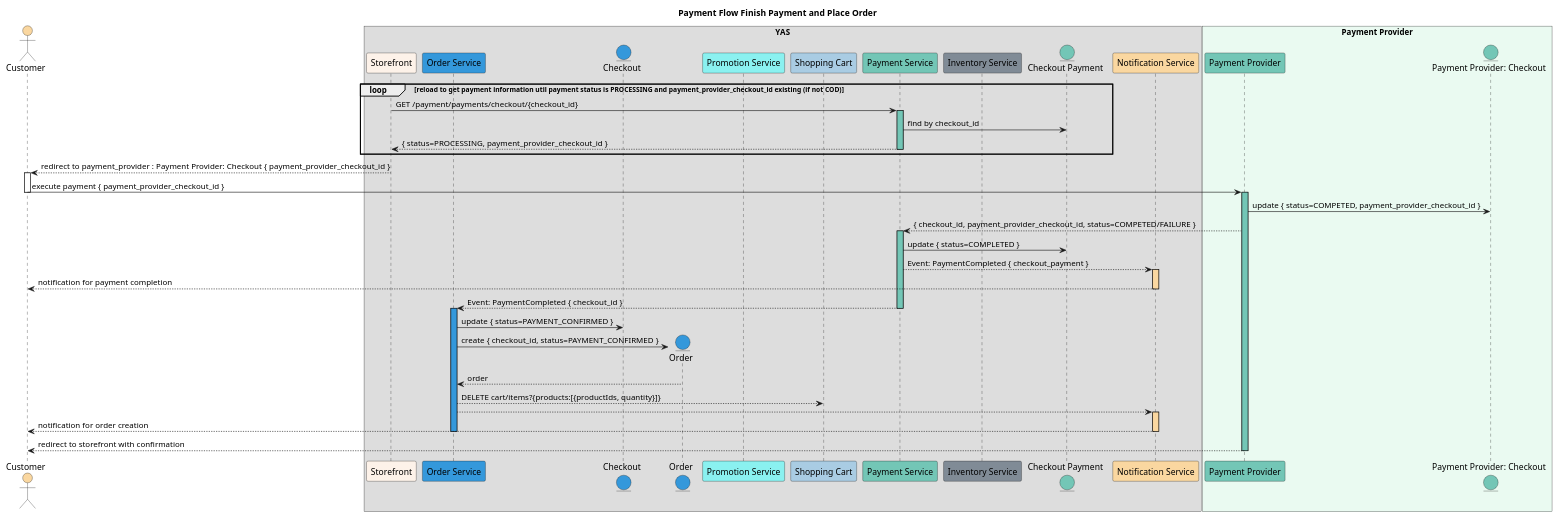
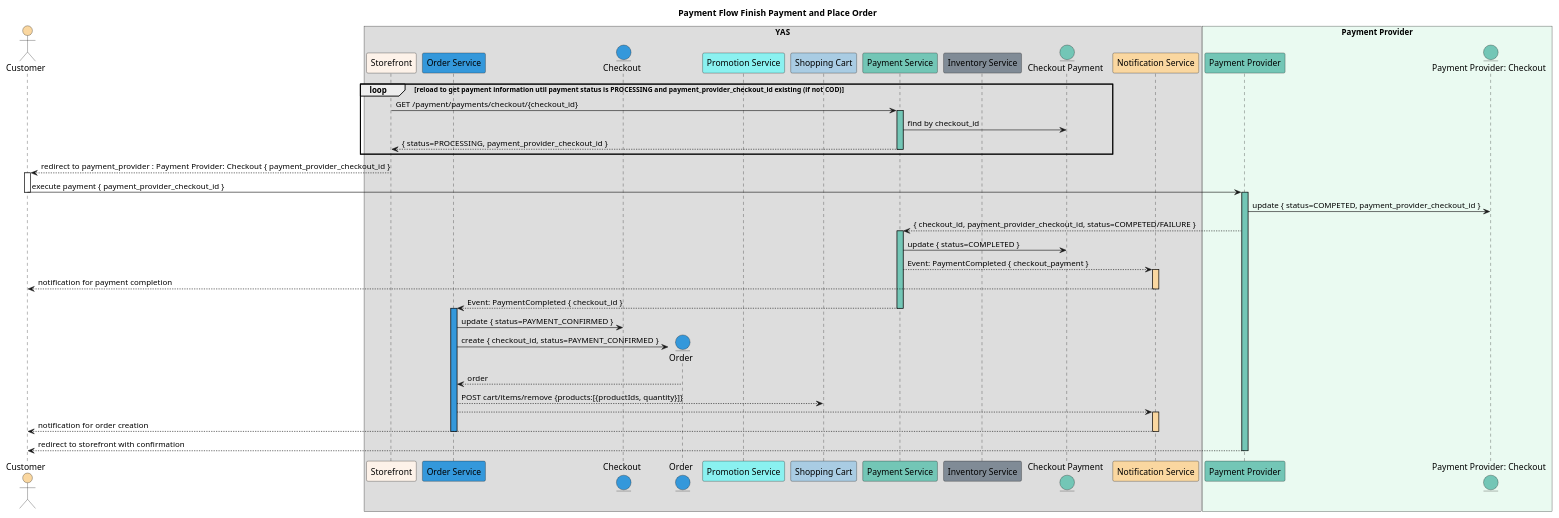
Before and after one commit to nashtech-garage/yas: the diagram in docs/design/order-flows/diagrams/payment.seq-3.puml, drawn with PlantUML. The commit also changed 7 other files, not shown here.

Commit message:
Update Payment flow

```diff
--- a/docs/design/order-flows/diagrams/payment.seq-3.puml
+++ b/docs/design/order-flows/diagrams/payment.seq-3.puml
@@ -1,60 +1,60 @@
 @startuml Payment Flow Sub 3
 
 title Payment Flow Finish Payment and Place Order
 
 actor Customer as customer #fad7a0
 
 box YAS
     participant "Storefront" as storefront #fdf2e9        
     participant "Order Service" as order_service #3498db    
     entity "Checkout" as checkout #3498db
     entity "Order" as order #3498db
     participant "Promotion Service" as promotion_service #8af1f0
     participant "Shopping Cart" as shopping_cart #a9cce3
     participant "Payment Service" as payment_service #73c6b6
     participant "Inventory Service" as inventory_service #808b96
     entity "Checkout Payment" as checkout_payment #73c6b6
     participant "Notification Service" as notification_service #fad7a0
 end box 
 
 box "Payment Provider" #eafaf1
     participant "Payment Provider" as payment_provider #73c6b6
     entity "Payment Provider: Checkout" as payment_provider_checkout #73c6b6
 end box
 loop reload to get payment information util payment status is PROCESSING and payment_provider_checkout_id existing (if not COD)
   storefront -> payment_service: GET /payment/payments/checkout/{checkout_id} 
   activate payment_service #73c6b6
     payment_service -> checkout_payment: find by checkout_id
     storefront <-- payment_service: { status=PROCESSING, payment_provider_checkout_id }
   deactivate payment_service
 end 
 storefront --> customer: redirect to payment_provider : Payment Provider: Checkout { payment_provider_checkout_id }
 deactivate storefront
 activate customer
   customer -> payment_provider: execute payment { payment_provider_checkout_id }
 deactivate customer
 activate payment_provider #73c6b6
   payment_provider -> payment_provider_checkout: update { status=COMPETED, payment_provider_checkout_id }  
   payment_provider --> payment_service: { checkout_id, payment_provider_checkout_id, status=COMPETED/FAILURE }
   activate payment_service #73c6b6
     payment_service -> checkout_payment: update { status=COMPLETED }
     payment_service --> notification_service: Event: PaymentCompleted { checkout_payment }
     activate notification_service #fad7a0
       notification_service --> customer: notification for payment completion
     deactivate notification_service
     payment_service --> order_service: Event: PaymentCompleted { checkout_id }
   deactivate payment_service
   activate order_service #3498db
     order_service -> checkout: update { status=PAYMENT_CONFIRMED }
     order_service -> order**:  create { checkout_id, status=PAYMENT_CONFIRMED }
     order --> order_service: order
-    order_service --> shopping_cart: DELETE cart/items?{products:[{productIds, quantity}]}
+    order_service --> shopping_cart: POST cart/items/remove {products:[{productIds, quantity}]}
     order_service --> notification_service
     activate notification_service #fad7a0
       notification_service --> customer: notification for order creation
     deactivate notification_service
   deactivate order_service
   payment_provider --> customer: redirect to storefront with confirmation
 deactivate payment_provider
 
 @enduml
```
